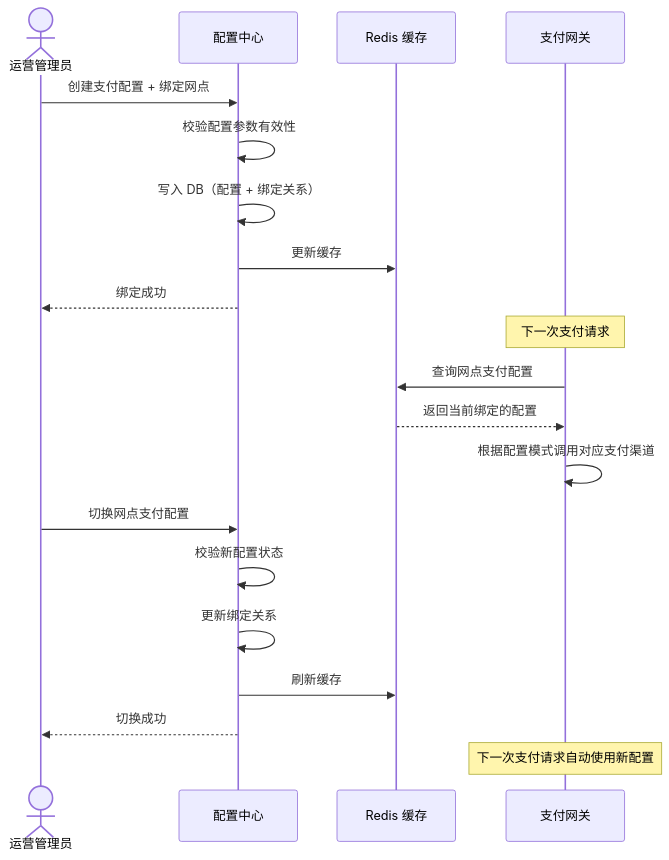
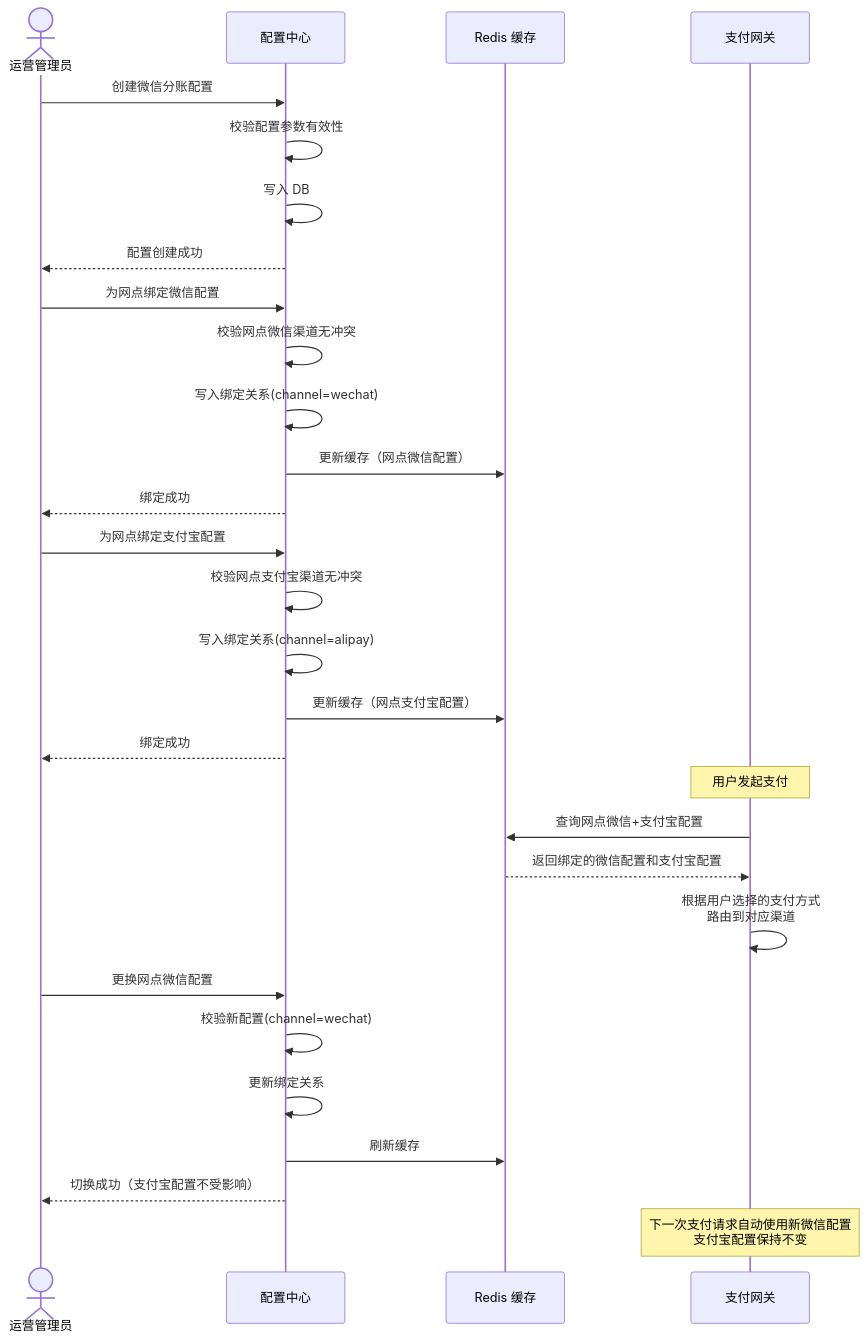
Before and after one commit to MarkTina/VitepressPRD: the third of 4 diagrams in docs/versions/v1.1.0/06-flows.md, drawn with Mermaid. The commit also changed other lines of this file and 10 other files, not shown here.

````diff
--- a/docs/versions/v1.1.0/06-flows.md
+++ b/docs/versions/v1.1.0/06-flows.md
@@ -70,27 +81,38 @@
 ```mermaid
 sequenceDiagram
     actor Admin as 运营管理员
     participant Backend as 配置中心
     participant Redis as Redis 缓存
     participant PayGW as 支付网关
 
-    Admin->>Backend: 创建支付配置 + 绑定网点
+    Admin->>Backend: 创建微信分账配置
     Backend->>Backend: 校验配置参数有效性
-    Backend->>Backend: 写入 DB（配置 + 绑定关系）
-    Backend->>Redis: 更新缓存
+    Backend->>Backend: 写入 DB
+    Backend-->>Admin: 配置创建成功
+
+    Admin->>Backend: 为网点绑定微信配置
+    Backend->>Backend: 校验网点微信渠道无冲突
+    Backend->>Backend: 写入绑定关系(channel=wechat)
+    Backend->>Redis: 更新缓存（网点微信配置）
     Backend-->>Admin: 绑定成功
 
-    Note over PayGW: 下一次支付请求
+    Admin->>Backend: 为网点绑定支付宝配置
+    Backend->>Backend: 校验网点支付宝渠道无冲突
+    Backend->>Backend: 写入绑定关系(channel=alipay)
+    Backend->>Redis: 更新缓存（网点支付宝配置）
+    Backend-->>Admin: 绑定成功
 
-    PayGW->>Redis: 查询网点支付配置
-    Redis-->>PayGW: 返回当前绑定的配置
-    PayGW->>PayGW: 根据配置模式调用对应支付渠道
+    Note over PayGW: 用户发起支付
 
-    Admin->>Backend: 切换网点支付配置
-    Backend->>Backend: 校验新配置状态
+    PayGW->>Redis: 查询网点微信+支付宝配置
+    Redis-->>PayGW: 返回绑定的微信配置和支付宝配置
+    PayGW->>PayGW: 根据用户选择的支付方式<br/>路由到对应渠道
+
+    Admin->>Backend: 更换网点微信配置
+    Backend->>Backend: 校验新配置(channel=wechat)
     Backend->>Backend: 更新绑定关系
     Backend->>Redis: 刷新缓存
-    Backend-->>Admin: 切换成功
+    Backend-->>Admin: 切换成功（支付宝配置不受影响）
 
-    Note over PayGW: 下一次支付请求自动使用新配置
+    Note over PayGW: 下一次支付请求自动使用新微信配置<br/>支付宝配置保持不变
 ```
````
